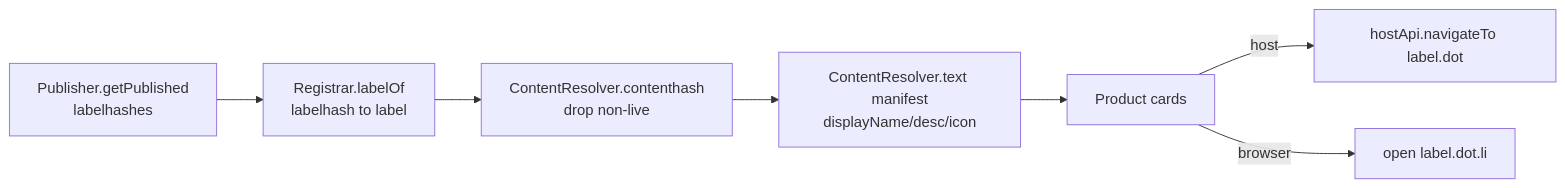
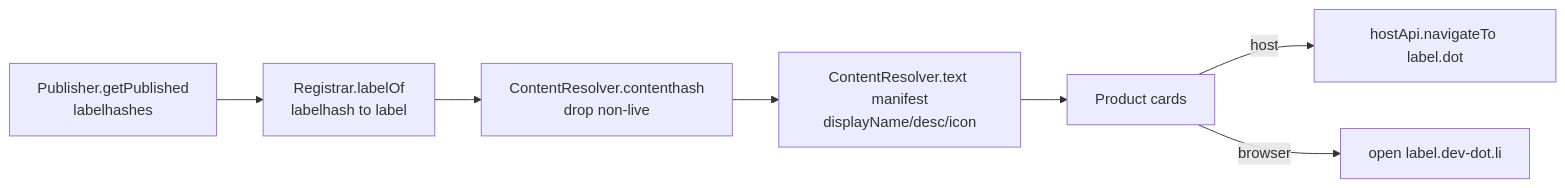
Before and after one commit to Polkadot-Community-Foundation/polkadot-app-docs: the second of 2 diagrams in docs/architecture/discovery.md, drawn with Mermaid. The commit also changed other lines of this file and 47 other files, not shown here.

````diff
--- a/docs/architecture/discovery.md
+++ b/docs/architecture/discovery.md
@@ -101,9 +100,9 @@
 ```mermaid
 flowchart LR
   P["Publisher.getPublished<br/>labelhashes"] --> L["Registrar.labelOf<br/>labelhash to label"]
   L --> C["ContentResolver.contenthash<br/>drop non-live"]
   C --> M["ContentResolver.text manifest<br/>displayName/desc/icon"]
   M --> UI[Product cards]
   UI -->|host| H["hostApi.navigateTo label.dot"]
-  UI -->|browser| W["open label.dot.li"]
+  UI -->|browser| W["open label.dev-dot.li"]
 ```
````
